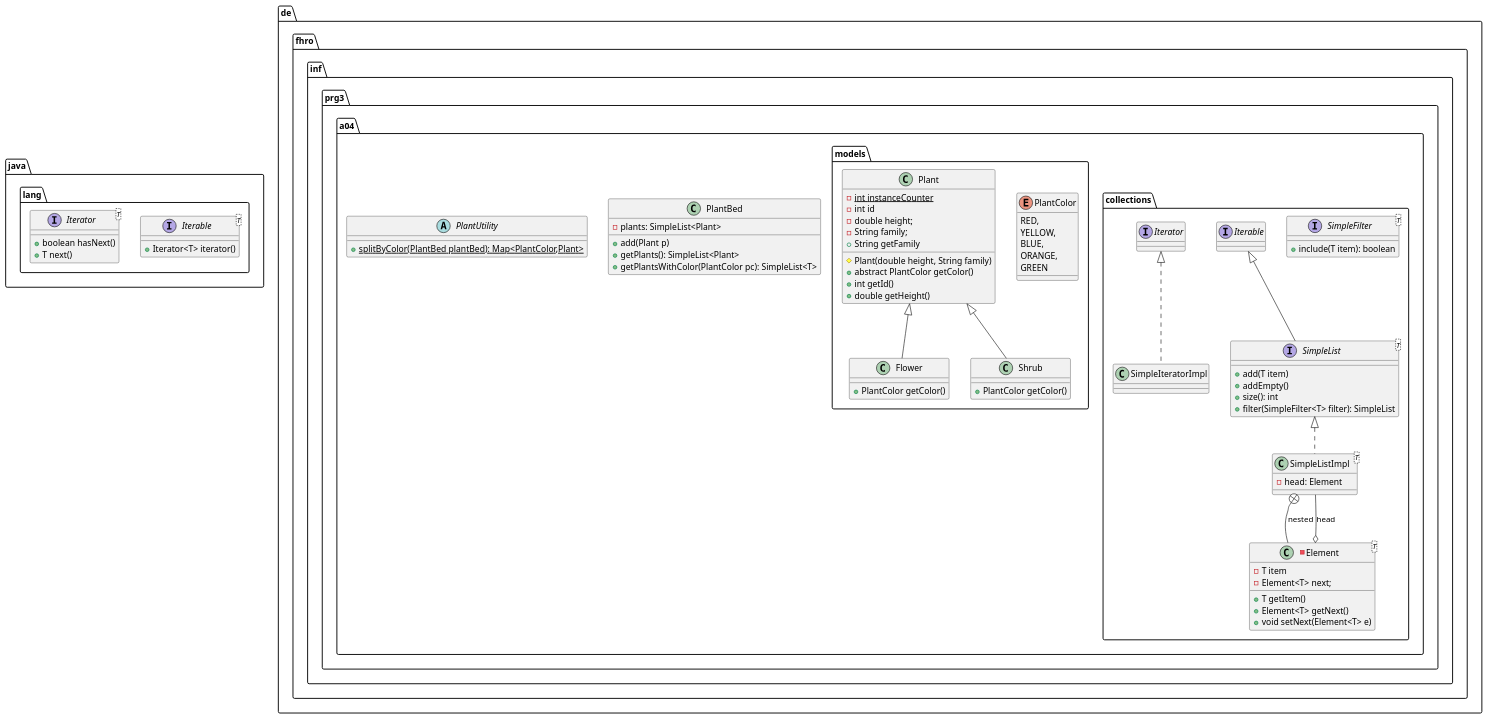
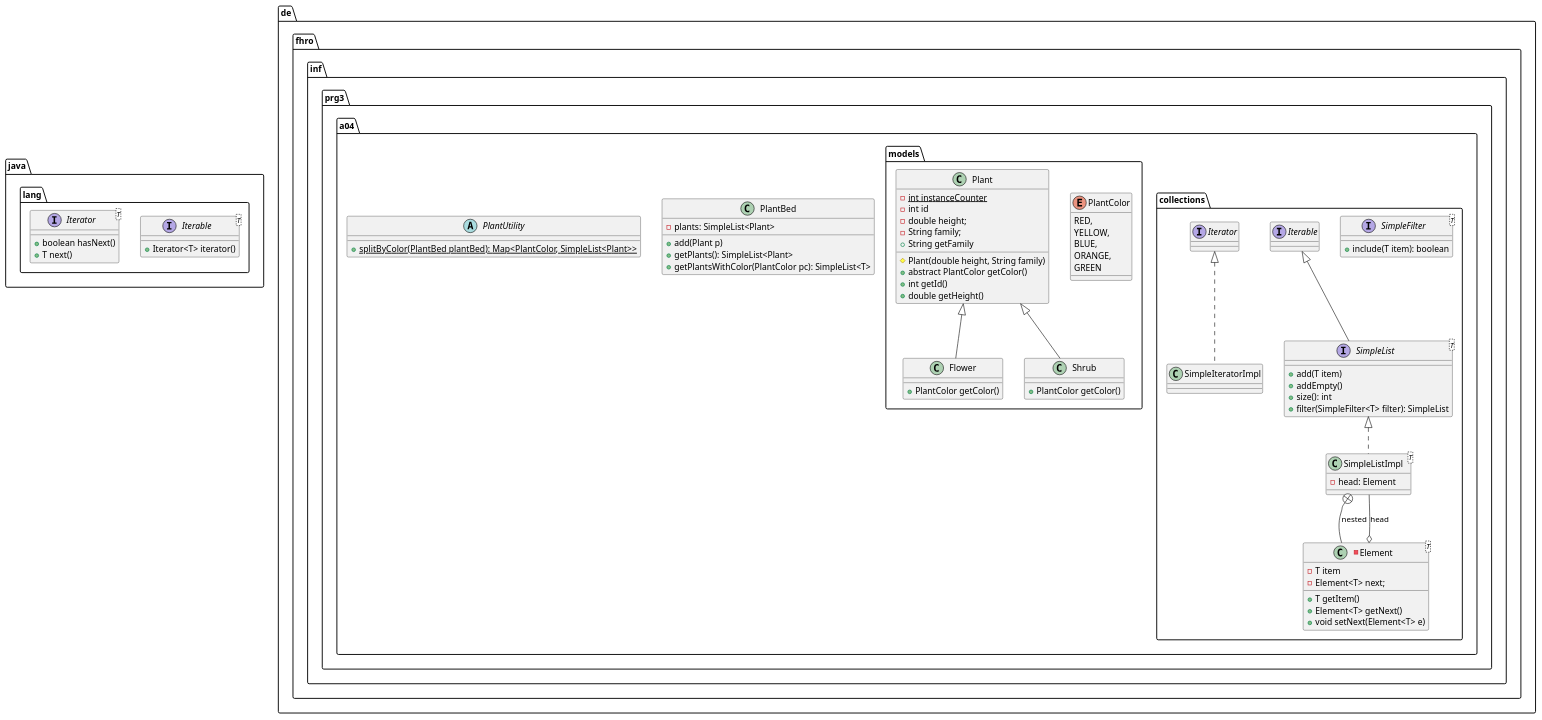
One commit to studlinnth6233/04-generics changed the diagram in assets/class-spec.md. Above: the diagram before and after it, drawn with PlantUML. The commit also changed 2 other files, not shown here.

Commit message:
Fixed spec for utility class

```diff
--- a/assets/class-spec.md
+++ b/assets/class-spec.md
@@ -85,7 +85,7 @@
     }
 
     abstract class PlantUtility {
-	    +{static}splitByColor(PlantBed plantBed): Map<PlantColor,Plant> 
+	    +{static}splitByColor(PlantBed plantBed): Map<PlantColor, SimpleList<Plant>> 
     }
 
 }
```
